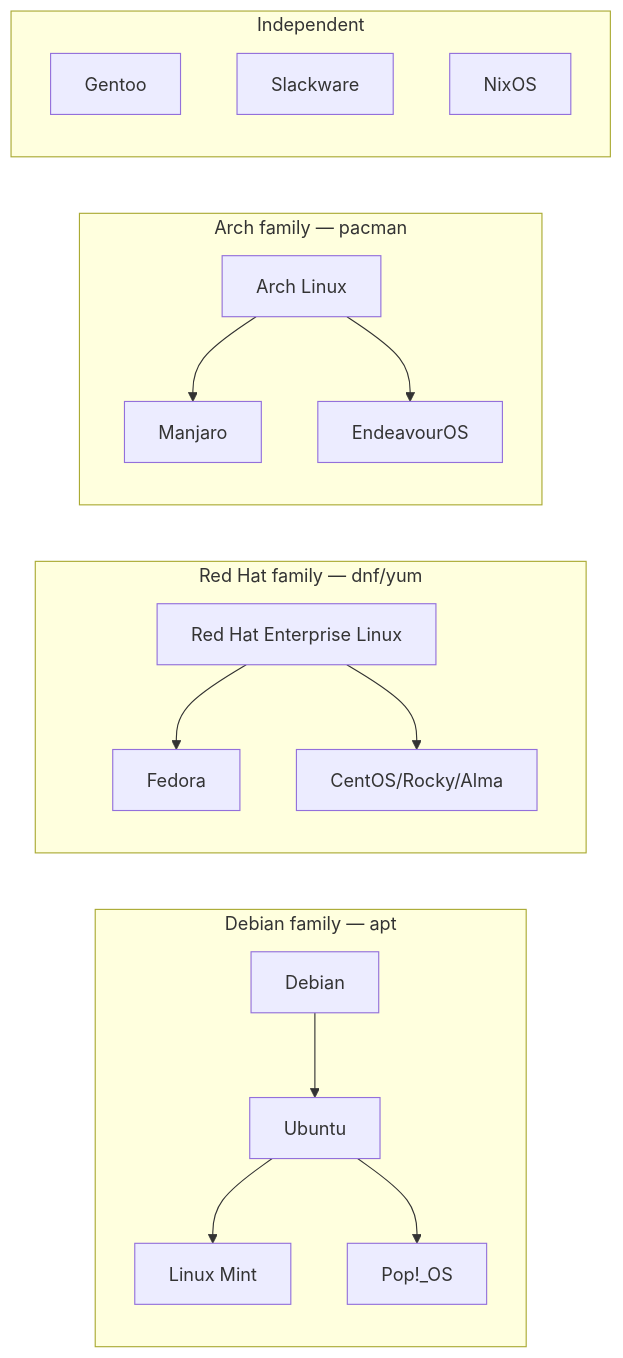
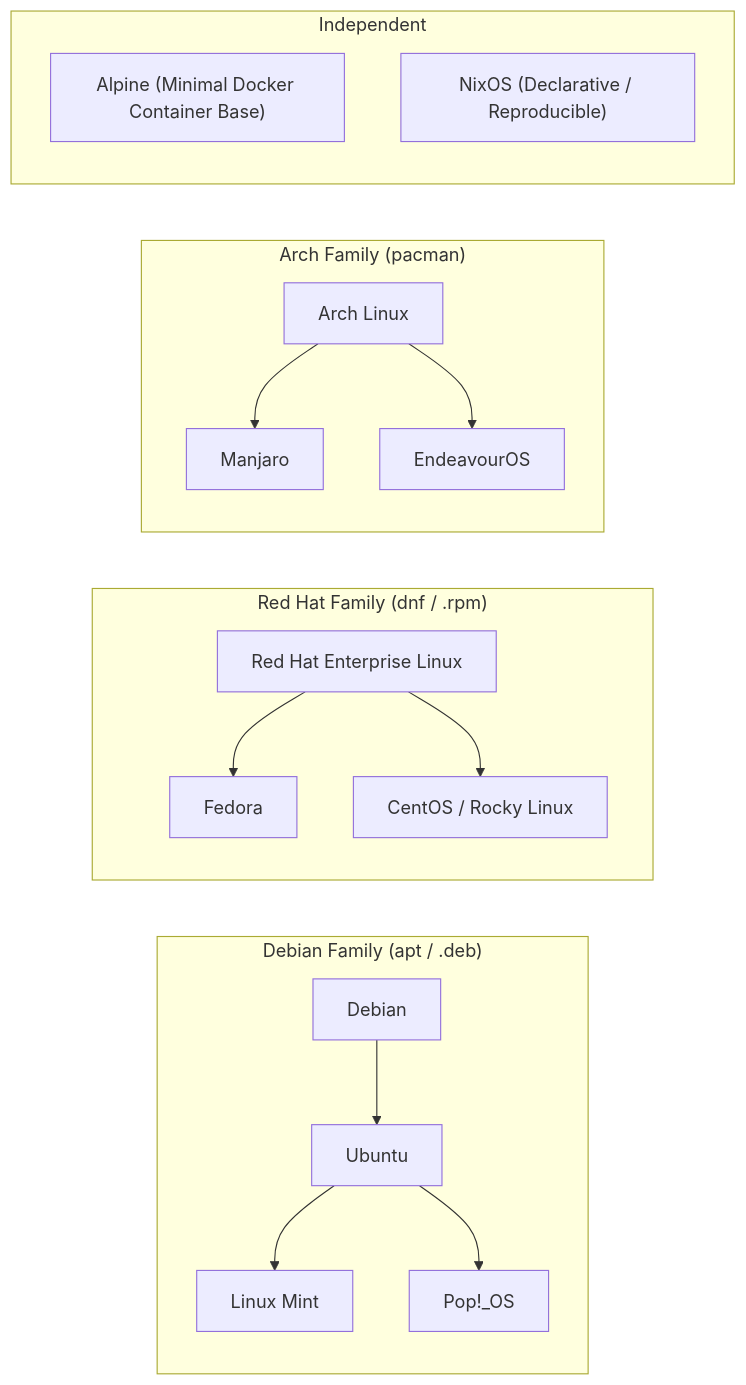
Before and after one commit to Aryan107rn/Obsidian_Second_Brain: the diagram in Computer Science/Web Development/Linux.md, drawn with Mermaid. The commit also changed other lines of this file and 41 other files, not shown here.

````diff
--- a/Computer Science/Web Development/Linux.md
+++ b/Computer Science/Web Development/Linux.md
@@ -41,21 +22,20 @@
 ```mermaid
 graph LR
-    subgraph Debian_Family["Debian family — apt"]
+    subgraph Debian_Family["Debian Family (apt / .deb)"]
         Debian --> Ubuntu
         Ubuntu --> Mint[Linux Mint]
         Ubuntu --> PopOS[Pop!_OS]
     end
-    subgraph RedHat_Family["Red Hat family — dnf/yum"]
+    subgraph RedHat_Family["Red Hat Family (dnf / .rpm)"]
         RHEL[Red Hat Enterprise Linux] --> Fedora
-        RHEL --> CentOS[CentOS/Rocky/Alma]
+        RHEL --> CentOS[CentOS / Rocky Linux]
     end
-    subgraph Arch_Family["Arch family — pacman"]
+    subgraph Arch_Family["Arch Family (pacman)"]
         Arch[Arch Linux] --> Manjaro
         Arch --> EndeavourOS
     end
     subgraph Independent["Independent"]
-        Gentoo
-        Slackware
-        NixOS
+        Alpine["Alpine (Minimal Docker Container Base)"]
+        NixOS["NixOS (Declarative / Reproducible)"]
     end
 ```
````
